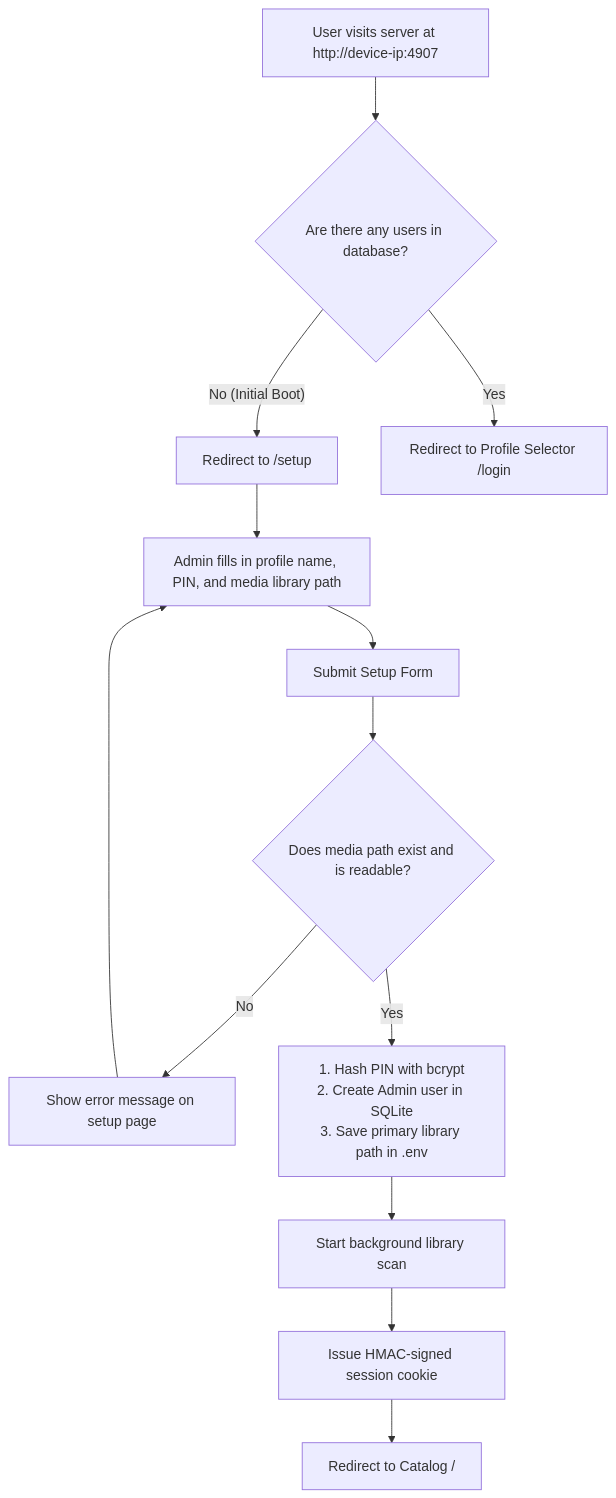
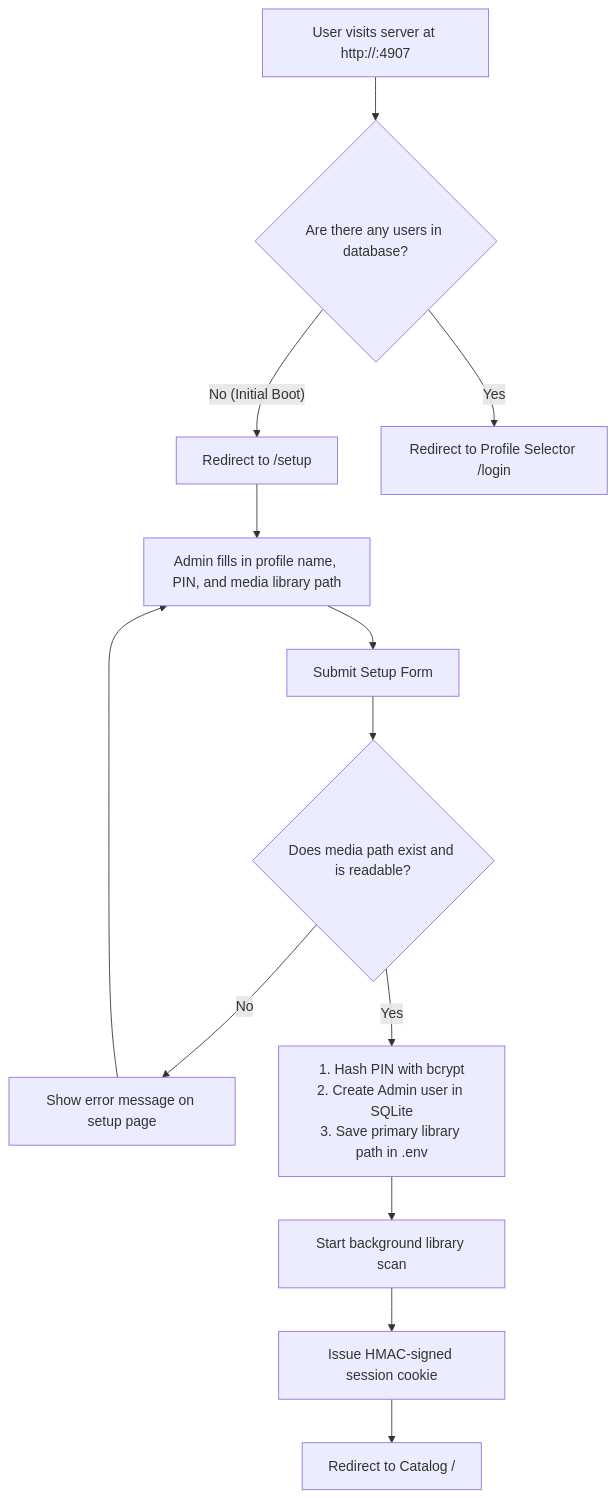
One commit to WesleyEsq/Flan-Media-Server changed the first of 5 diagrams in docs/diagrams/user-flows.md. Above: the diagram before and after it, drawn with Mermaid. The commit also changed 12 other files, not shown here.

````diff
--- a/docs/diagrams/user-flows.md
+++ b/docs/diagrams/user-flows.md
@@ -11,18 +11,18 @@
 ```mermaid
 flowchart TD
-    Start["User visits server at http://device-ip:4907"] --> CheckDB{"Are there any users in database?"}
+    Start["User visits server at http://<ip>:4907"] --> CheckDB{"Are there any users in database?"}
     CheckDB -- "No (Initial Boot)" --> RedirectSetup["Redirect to /setup"]
     CheckDB -- "Yes" --> ShowLogin["Redirect to Profile Selector /login"]
 
     RedirectSetup --> Form["Admin fills in profile name, PIN, and media library path"]
     Form --> Submit["Submit Setup Form"]
 
     Submit --> ValidatePath{"Does media path exist and is readable?"}
     ValidatePath -- "No" --> Error["Show error message on setup page"]
     Error --> Form
 
     ValidatePath -- "Yes" --> CreateAdmin["1. Hash PIN with bcrypt<br/>2. Create Admin user in SQLite<br/>3. Save primary library path in .env"]
     CreateAdmin --> StartScan["Start background library scan"]
     StartScan --> IssueSession["Issue HMAC-signed session cookie"]
     IssueSession --> Catalog["Redirect to Catalog /"]
 ```
````
